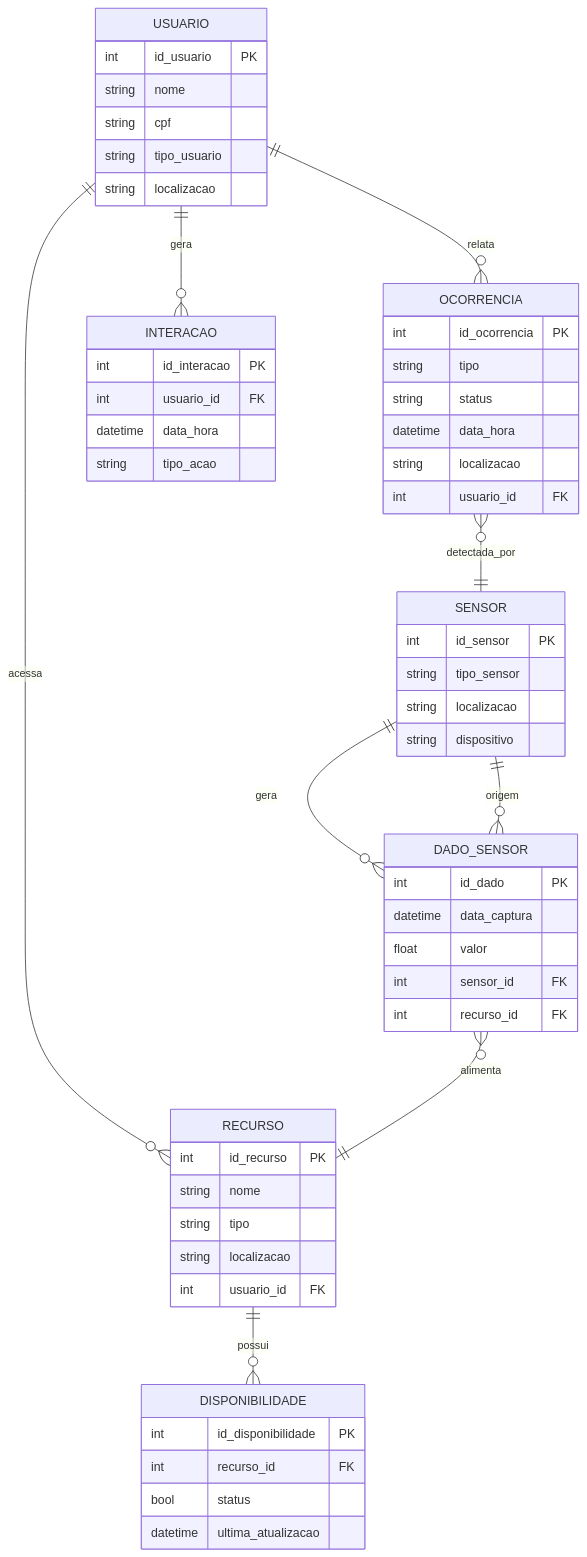
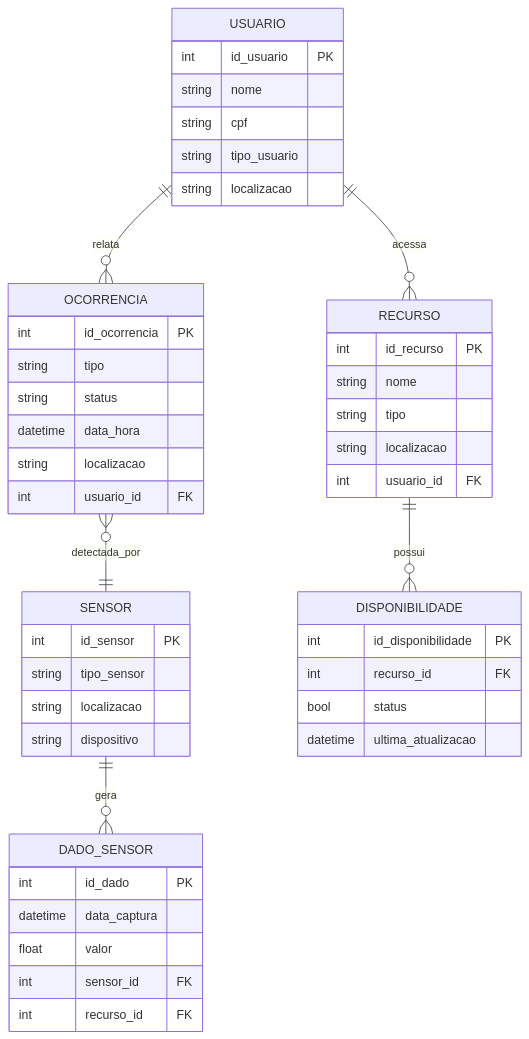
Before and after one commit to Joao-Markus-Barbosa/teste2: the diagram in README.md, drawn with Mermaid.

````diff
--- a/README.md
+++ b/README.md
@@ -1,66 +1,62 @@
 ```mermaid
 erDiagram
 
-  USUARIO        ||--o{ OCORRENCIA     : relata
-  USUARIO        ||--o{ RECURSO        : acessa
-  USUARIO        ||--o{ INTERACAO      : gera
+ 
+  
   OCORRENCIA     }o--|| SENSOR         : detectada_por
   SENSOR         ||--o{ DADO_SENSOR    : gera
-  DADO_SENSOR    }o--|| SENSOR         : origem
-  DADO_SENSOR    }o--|| RECURSO        : alimenta
+  
+  
   RECURSO        ||--o{ DISPONIBILIDADE: possui
 
-  USUARIO {
-    int     id_usuario       PK
-    string  nome
-    string  cpf
-    string  tipo_usuario
-    string  localizacao
-  }
+  
 
   OCORRENCIA {
     int       id_ocorrencia    PK
     string    tipo
     string    status
     datetime  data_hora
     string    localizacao
     int       usuario_id        FK
   }
 
   SENSOR {
     int     id_sensor        PK
     string  tipo_sensor
     string  localizacao
     string  dispositivo
   }
 
   DADO_SENSOR {
     int       id_dado          PK
     datetime  data_captura
     float     valor
     int       sensor_id        FK
     int       recurso_id       FK
   }
+ USUARIO {
+    int     id_usuario       PK
+    string  nome
+    string  cpf
+    string  tipo_usuario
+    string  localizacao
+  }
 
   RECURSO {
     int     id_recurso       PK
     string  nome
     string  tipo
     string  localizacao
     int     usuario_id       FK
   }
-
+USUARIO        ||--o{ OCORRENCIA     : relata
+  USUARIO        ||--o{ RECURSO        : acessa
   DISPONIBILIDADE {
     int       id_disponibilidade  PK
     int       recurso_id          FK
     bool      status
     datetime  ultima_atualizacao
   }
 
-  INTERACAO {
-    int       id_interacao    PK
-    int       usuario_id      FK
-    datetime  data_hora
-    string    tipo_acao
-  }
+ 
 ```
````
